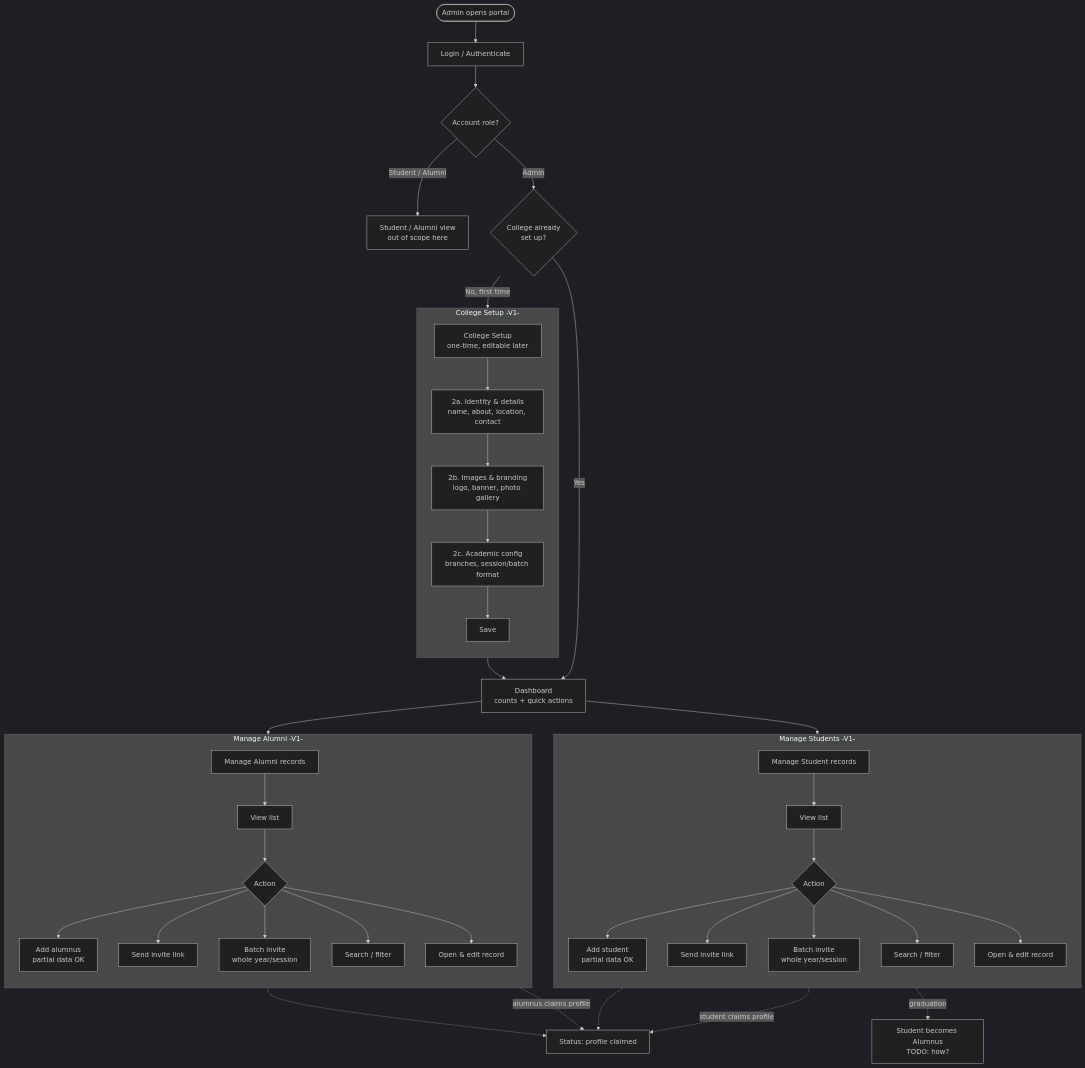
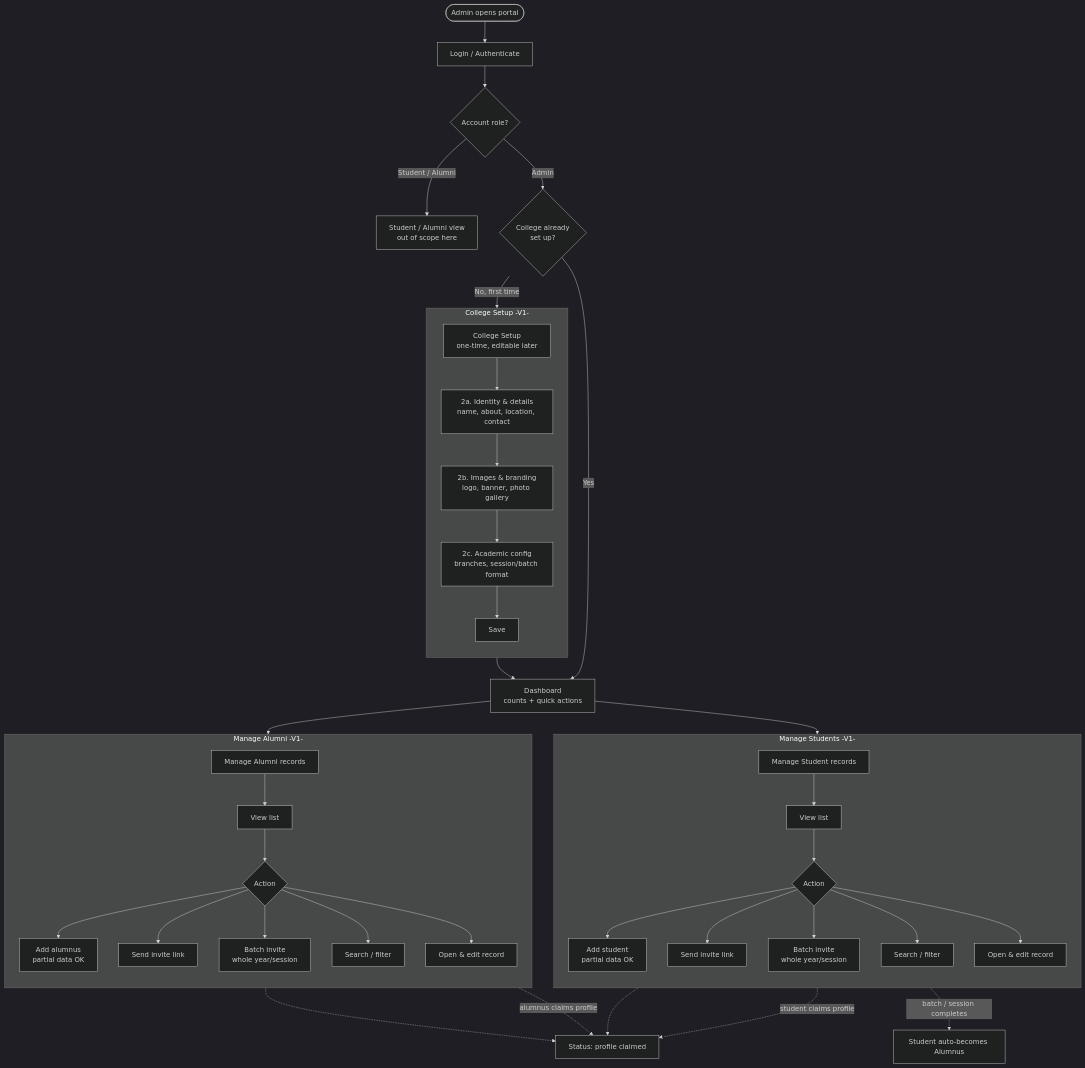
Before and after one commit to ColoredCow/alumni-connect: the diagram in docs/admin-portal-flow.md, drawn with Mermaid (dark theme). The commit also changed other lines of this file, not shown here.

First line of the commit message:
Decide student to alumni transition: automatic on batch completion

````diff
--- a/docs/admin-portal-flow.md
+++ b/docs/admin-portal-flow.md
@@ -30,51 +30,51 @@
 ```mermaid
 flowchart TD
     Start([Admin opens portal]) --> Login[Login / Authenticate]
     Login --> RoleCheck{Account role?}
     RoleCheck -->|Student / Alumni| UserView[Student / Alumni view<br/>out of scope here]
     RoleCheck -->|Admin| FirstTime{College already<br/>set up?}
 
     FirstTime -->|No, first time| Setup[College Setup<br/>one-time, editable later]
     FirstTime -->|Yes| Dashboard
 
     subgraph SETUP [College Setup -V1-]
         direction TB
         Setup --> Identity[2a. Identity & details<br/>name, about, location, contact]
         Identity --> Images[2b. Images & branding<br/>logo, banner, photo gallery]
         Images --> Academic[2c. Academic config<br/>branches, session/batch format]
         Academic --> SaveSetup[Save]
     end
 
     SaveSetup --> Dashboard[Dashboard<br/>counts + quick actions]
 
     Dashboard --> ManageAlumni[Manage Alumni records]
     Dashboard --> ManageStudents[Manage Student records]
 
     subgraph ALUMNI [Manage Alumni -V1-]
         direction TB
         ManageAlumni --> AList[View list]
         AList --> AActions{Action}
         AActions --> AAdd[Add alumnus<br/>partial data OK]
         AActions --> AInvite[Send invite link]
         AActions --> ABatch[Batch invite<br/>whole year/session]
         AActions --> ASearch[Search / filter]
         AActions --> AEdit[Open & edit record]
     end
 
     subgraph STUDENTS [Manage Students -V1-]
         direction TB
         ManageStudents --> SList[View list]
         SList --> SActions{Action}
         SActions --> SAdd[Add student<br/>partial data OK]
         SActions --> SInvite[Send invite link]
         SActions --> SBatch[Batch invite<br/>whole year/session]
         SActions --> SSearch[Search / filter]
         SActions --> SEdit[Open & edit record]
     end
 
     AInvite -.->|alumnus claims profile| Claimed[Status: profile claimed]
     SInvite -.->|student claims profile| Claimed
     ABatch -.-> Claimed
     SBatch -.-> Claimed
-    SEdit -.->|graduation| Transition[Student becomes Alumnus<br/>TODO: how?]
+    SList -.->|batch / session completes| Transition[Student auto-becomes Alumnus]
 ```
````
